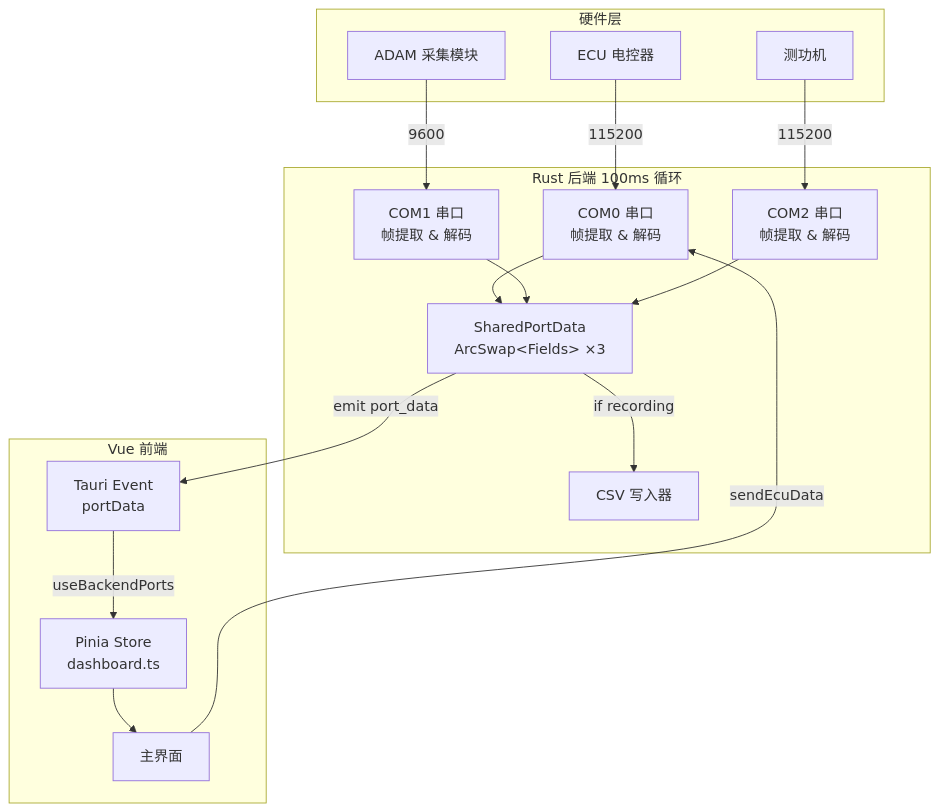
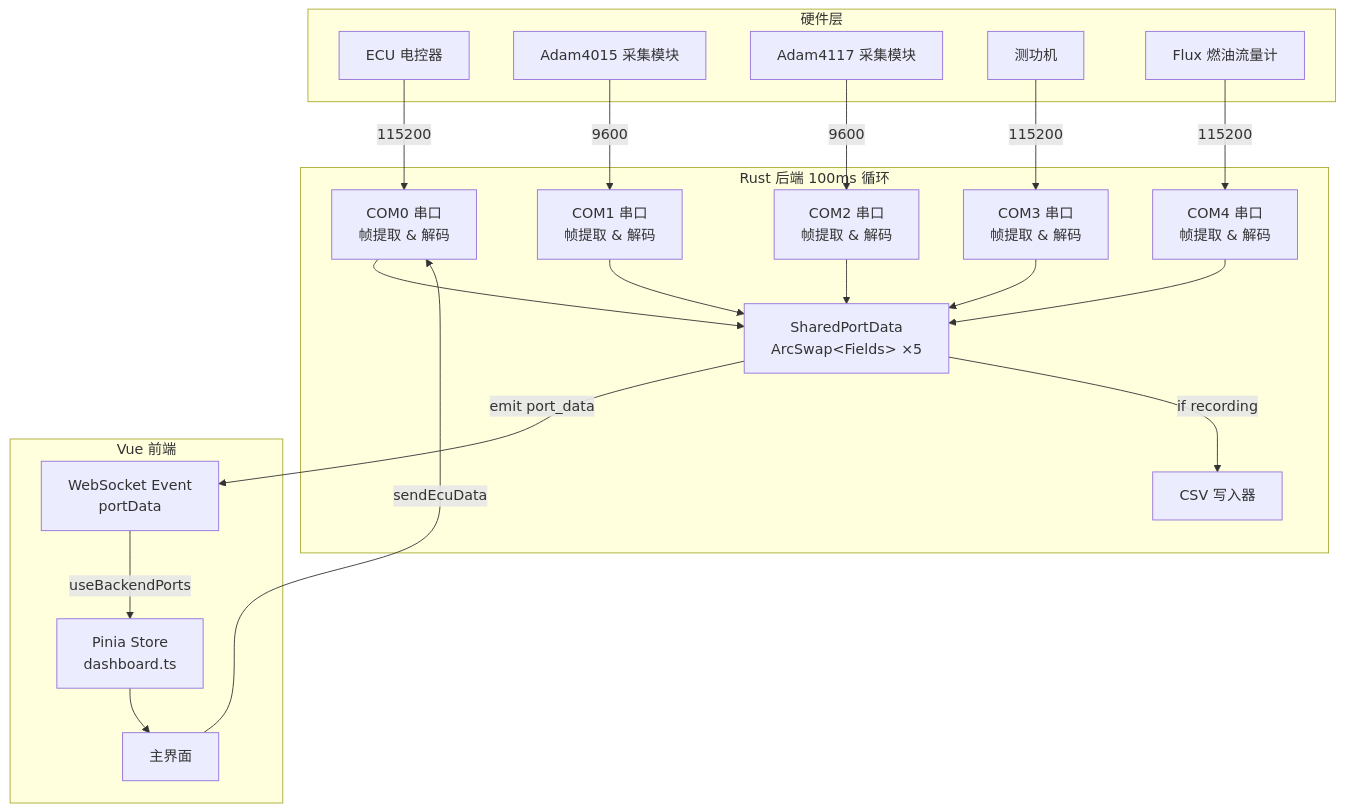
One commit to 3123958139/RustWeb-Vue changed the ninth of 9 diagrams in src/fj200c_main/help_doc.md. Above: the diagram before and after it, drawn with Mermaid. The commit also changed other lines of this file and 20 other files, not shown here.

````diff
--- a/src/fj200c_main/help_doc.md
+++ b/src/fj200c_main/help_doc.md
@@ -506,38 +519,46 @@
 ```mermaid
 graph TB
     subgraph 硬件["硬件层"]
         ECU_hw["ECU 电控器"]
-        ADAM_hw["ADAM 采集模块"]
+        ADAM4015_hw["Adam4015 采集模块"]
+        ADAM4117_hw["Adam4117 采集模块"]
         DYNO_hw["测功机"]
+        FLUX_hw["Flux 燃油流量计"]
     end
 
     subgraph 后端["Rust 后端 100ms 循环"]
         COM0["COM0 串口<br/>帧提取 & 解码"]
         COM1["COM1 串口<br/>帧提取 & 解码"]
         COM2["COM2 串口<br/>帧提取 & 解码"]
-        SHARED["SharedPortData<br/>ArcSwap&lt;Fields&gt; ×3"]
+        COM3["COM3 串口<br/>帧提取 & 解码"]
+        COM4["COM4 串口<br/>帧提取 & 解码"]
+        SHARED["SharedPortData<br/>ArcSwap&lt;Fields&gt; ×5"]
         CSV["CSV 写入器"]
     end
 
     subgraph 前端["Vue 前端"]
-        EVENTS["Tauri Event<br/>portData"]
+        EVENTS["WebSocket Event<br/>portData"]
         STORE["Pinia Store<br/>dashboard.ts"]
         UI["主界面"]
     end
 
     ECU_hw -->|115200| COM0
-    ADAM_hw -->|9600| COM1
-    DYNO_hw -->|115200| COM2
+    ADAM4015_hw -->|9600| COM1
+    ADAM4117_hw -->|9600| COM2
+    DYNO_hw -->|115200| COM3
+    FLUX_hw -->|115200| COM4
 
     COM0 --> SHARED
     COM1 --> SHARED
     COM2 --> SHARED
+    COM3 --> SHARED
+    COM4 --> SHARED
 
     SHARED -->|emit port_data| EVENTS
     SHARED -->|if recording| CSV
 
     EVENTS -->|useBackendPorts| STORE
     STORE --> UI
 
     UI -->|sendEcuData| COM0
 ```
````
